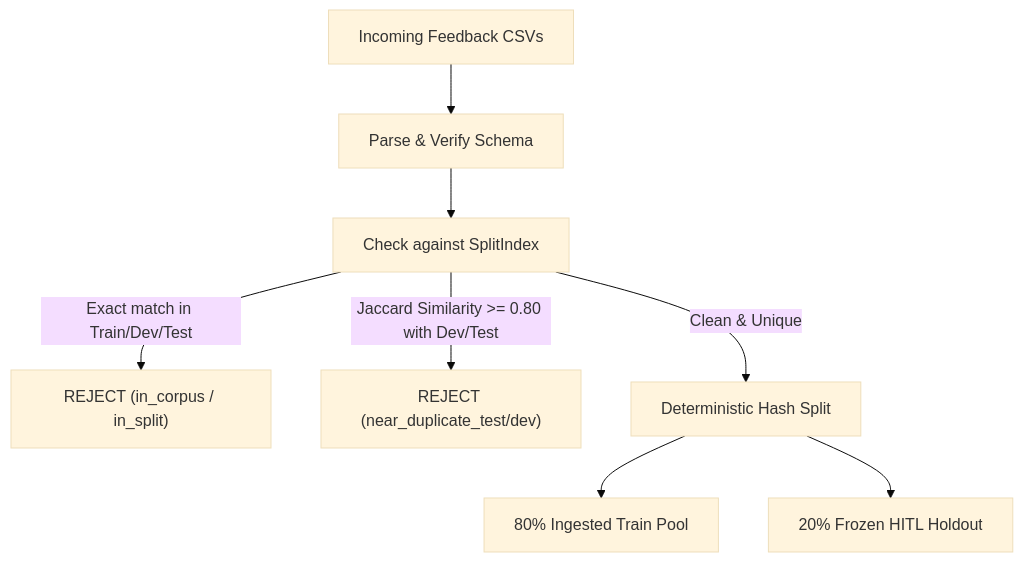
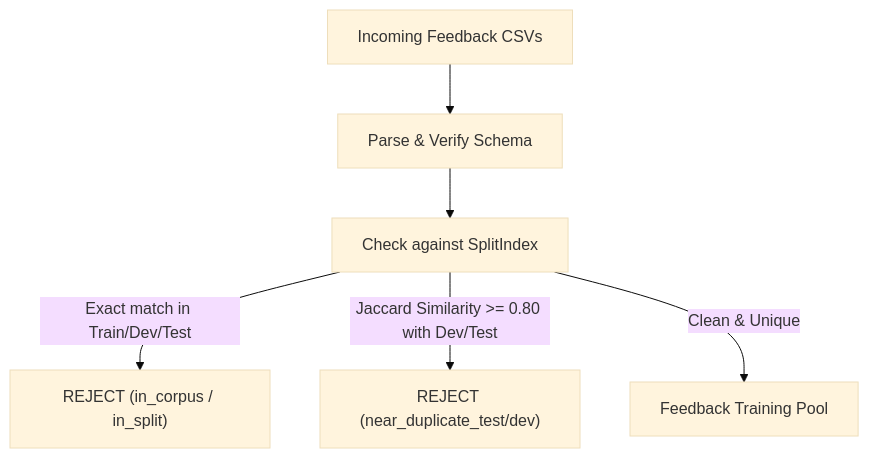
Before and after one commit to clepord-34/rintag-test: the diagram in docs/hitl_workflow.md, drawn with Mermaid (base theme). The commit also changed other lines of this file and 26 other files, not shown here.

First line of the commit message:
Refactor HITL scripts to remove holdout logic and update evaluation sets

````diff
--- a/docs/hitl_workflow.md
+++ b/docs/hitl_workflow.md
@@ -22,10 +22,8 @@
 ```mermaid
 flowchart TD
     RawCSV["Incoming Feedback CSVs"] --> Parse["Parse & Verify Schema"]
     Parse --> CheckSplit["Check against SplitIndex"]
     CheckSplit -->|Exact match in Train/Dev/Test| Reject["REJECT (in_corpus / in_split)"]
     CheckSplit -->|Jaccard Similarity >= 0.80 with Dev/Test| RejectNear["REJECT (near_duplicate_test/dev)"]
-    CheckSplit -->|Clean & Unique| AssignSplit["Deterministic Hash Split"]
-    AssignSplit --> TrainSplit["80% Ingested Train Pool"]
-    AssignSplit --> HoldoutSplit["20% Frozen HITL Holdout"]
+    CheckSplit -->|Clean & Unique| TrainSplit["Feedback Training Pool"]
 ```
````
